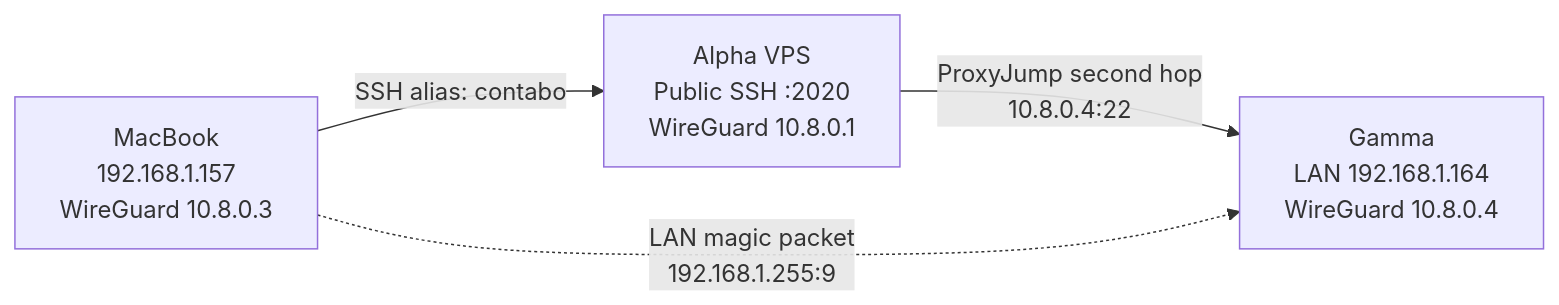
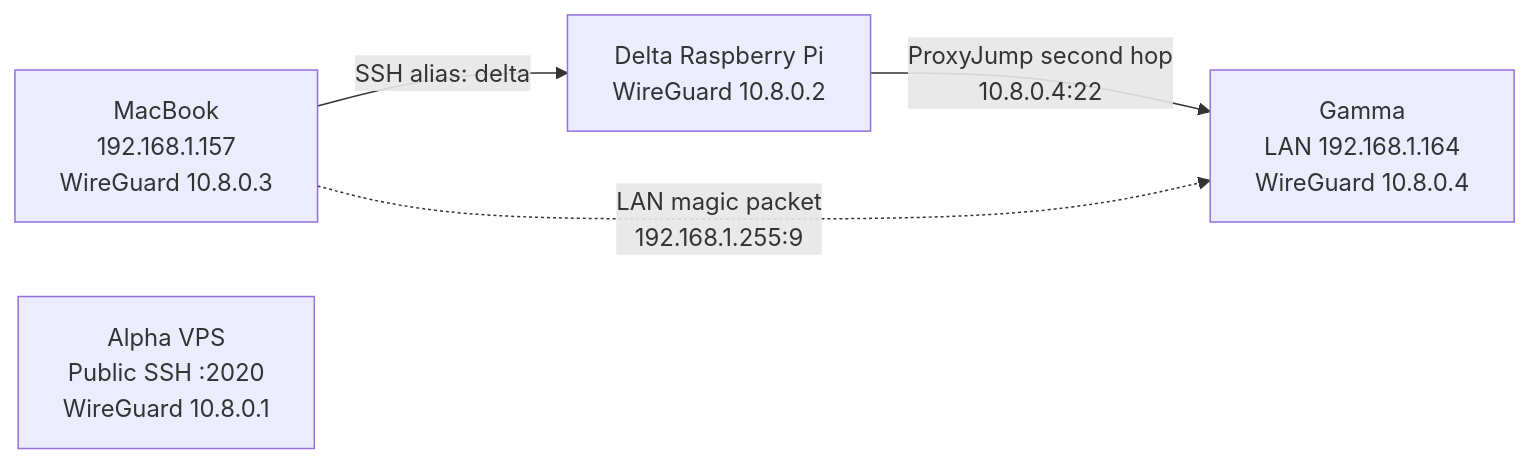
Before and after one commit to Manuel0516/zero-five-handbook: the diagram in content/docs/laptop-gamma/index.mdx, drawn with Mermaid. The commit also changed other lines of this file and 13 other files, not shown here.

Commit message:
Document Delta-based SSH and Wake-on-LAN

````diff
--- a/content/docs/laptop-gamma/index.mdx
+++ b/content/docs/laptop-gamma/index.mdx
@@ -14,10 +14,10 @@
 ```mermaid
 flowchart LR
     mac["MacBook<br/>192.168.1.157<br/>WireGuard 10.8.0.3"]
     alpha["Alpha VPS<br/>Public SSH :2020<br/>WireGuard 10.8.0.1"]
     gamma["Gamma<br/>LAN 192.168.1.164<br/>WireGuard 10.8.0.4"]
 
-    mac -->|"SSH alias: contabo"| alpha
-    alpha -->|"ProxyJump second hop<br/>10.8.0.4:22"| gamma
+    mac -->|"SSH alias: delta"| delta["Delta Raspberry Pi<br/>WireGuard 10.8.0.2"]
+    delta -->|"ProxyJump second hop<br/>10.8.0.4:22"| gamma
     mac -. "LAN magic packet<br/>192.168.1.255:9" .-> gamma
 ```
````
